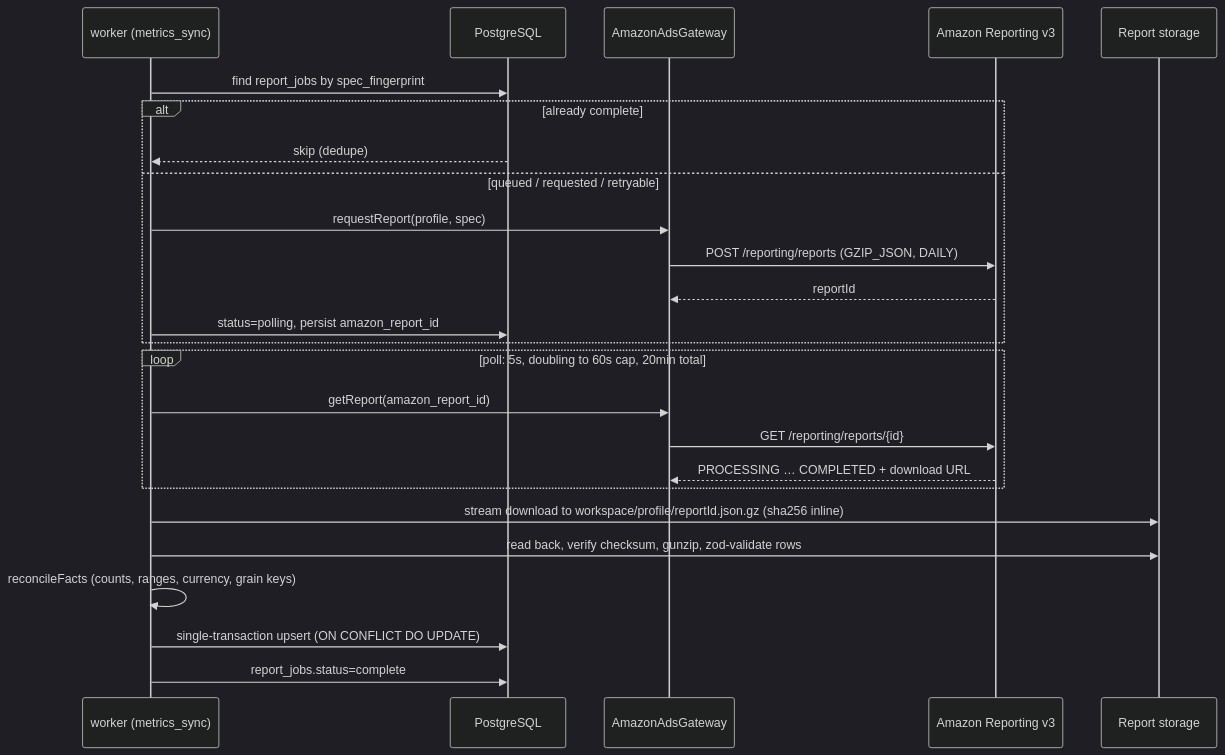
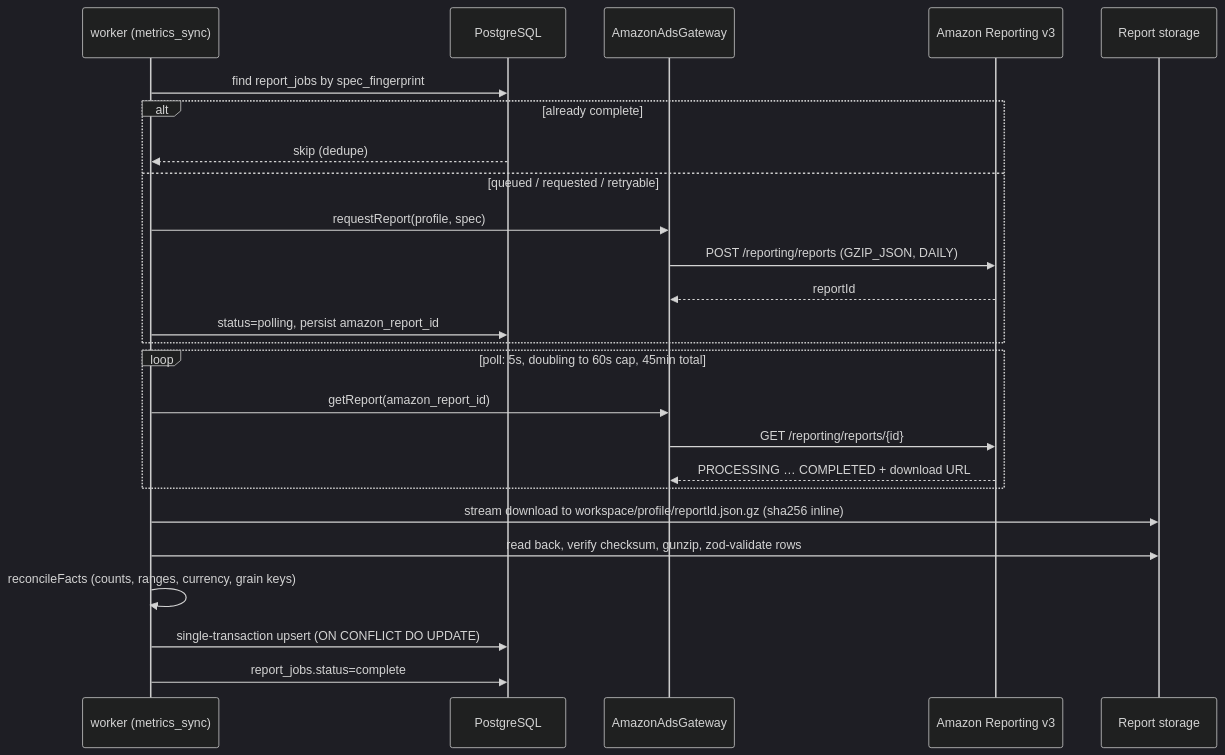
One commit to simonScheff/amazon-king changed the diagram in website/architecture/data-pipeline.md. Above: the diagram before and after it, drawn with Mermaid (dark theme). The commit also changed other lines of this file and 32 other files, not shown here.

````diff
--- a/website/architecture/data-pipeline.md
+++ b/website/architecture/data-pipeline.md
@@ -118,28 +118,28 @@
 ```mermaid
 sequenceDiagram
     participant W as worker (metrics_sync)
     participant DB as PostgreSQL
     participant G as AmazonAdsGateway
     participant A as Amazon Reporting v3
     participant S as Report storage
 
     W->>DB: find report_jobs by spec_fingerprint
     alt already complete
         DB-->>W: skip (dedupe)
     else queued / requested / retryable
         W->>G: requestReport(profile, spec)
         G->>A: POST /reporting/reports (GZIP_JSON, DAILY)
         A-->>G: reportId
         W->>DB: status=polling, persist amazon_report_id
     end
-    loop poll: 5s, doubling to 60s cap, 20min total
+    loop poll: 5s, doubling to 60s cap, 45min total
         W->>G: getReport(amazon_report_id)
         G->>A: GET /reporting/reports/{id}
         A-->>G: PROCESSING … COMPLETED + download URL
     end
     W->>S: stream download to workspace/profile/reportId.json.gz (sha256 inline)
     W->>S: read back, verify checksum, gunzip, zod-validate rows
     W->>W: reconcileFacts (counts, ranges, currency, grain keys)
     W->>DB: single-transaction upsert (ON CONFLICT DO UPDATE)
     W->>DB: report_jobs.status=complete
 ```
````
